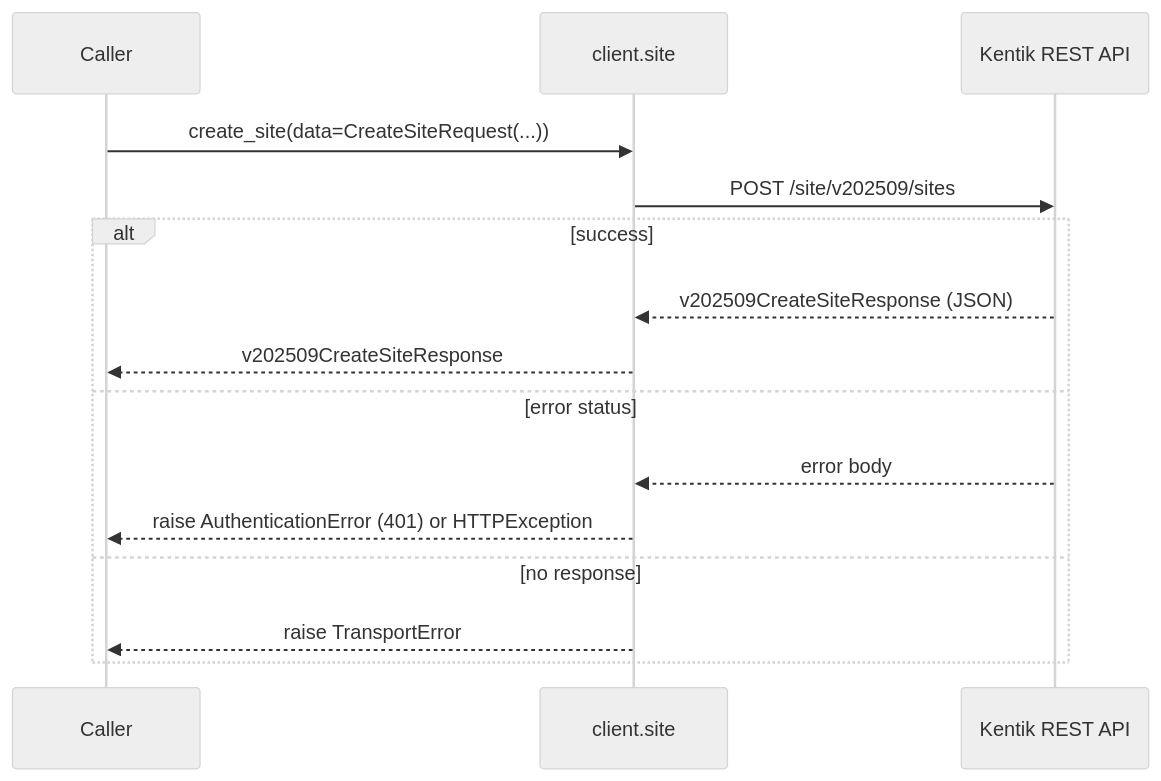
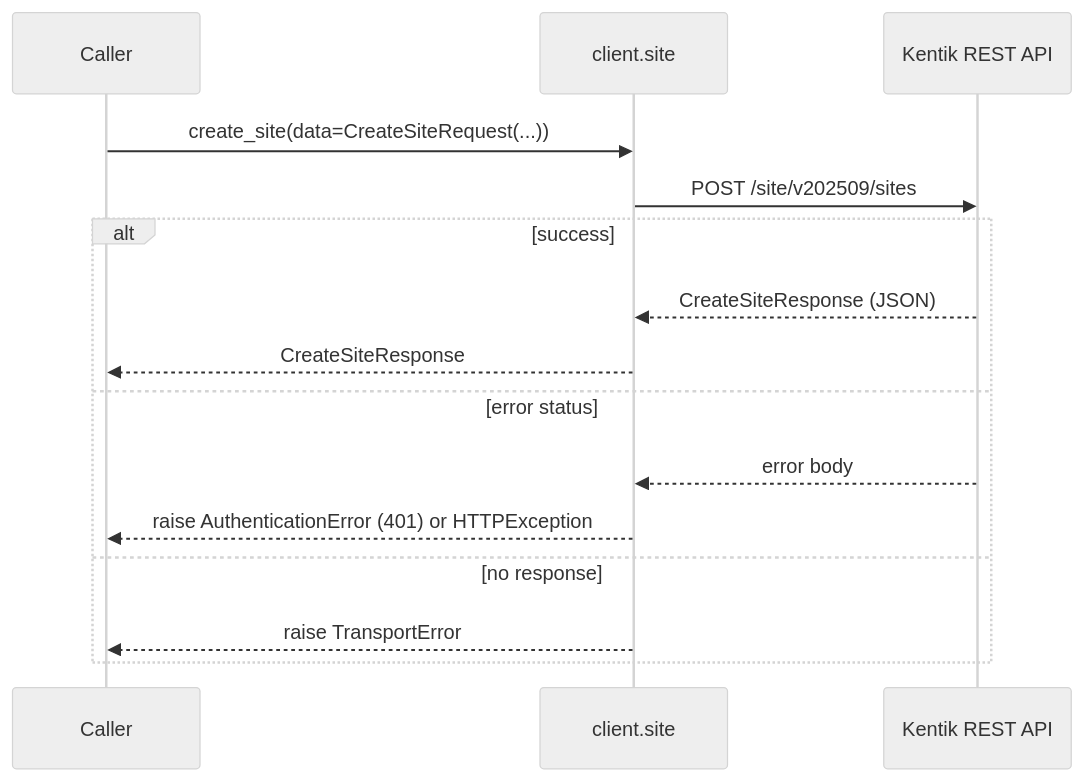
Before and after one commit to alexdearaujo/community_sdk_python: diagram 14 of 22 in docs/sphinx/services/site.md, drawn with Mermaid (neutral theme). The commit also changed other lines of this file and 38 other files, not shown here.

````diff
--- a/docs/sphinx/services/site.md
+++ b/docs/sphinx/services/site.md
@@ -480,18 +480,18 @@
 ```mermaid
 sequenceDiagram
     participant C as Caller
     participant W as client.site
     participant API as Kentik REST API
 
     C->>W: create_site(data=CreateSiteRequest(...))
     W->>API: POST /site/v202509/sites
     alt success
-        API-->>W: v202509CreateSiteResponse (JSON)
-        W-->>C: v202509CreateSiteResponse
+        API-->>W: CreateSiteResponse (JSON)
+        W-->>C: CreateSiteResponse
     else error status
         API-->>W: error body
         W-->>C: raise AuthenticationError (401) or HTTPException
     else no response
         W-->>C: raise TransportError
     end
 ```
````
